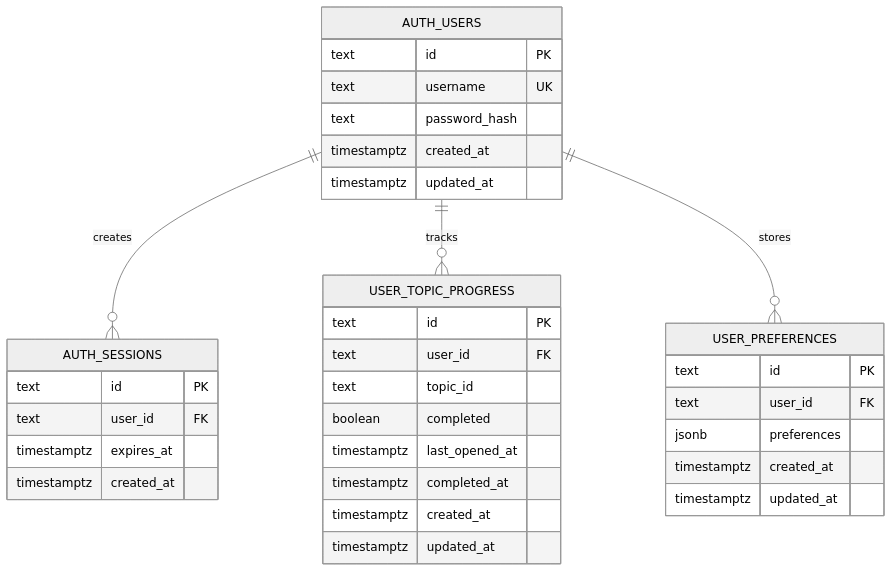
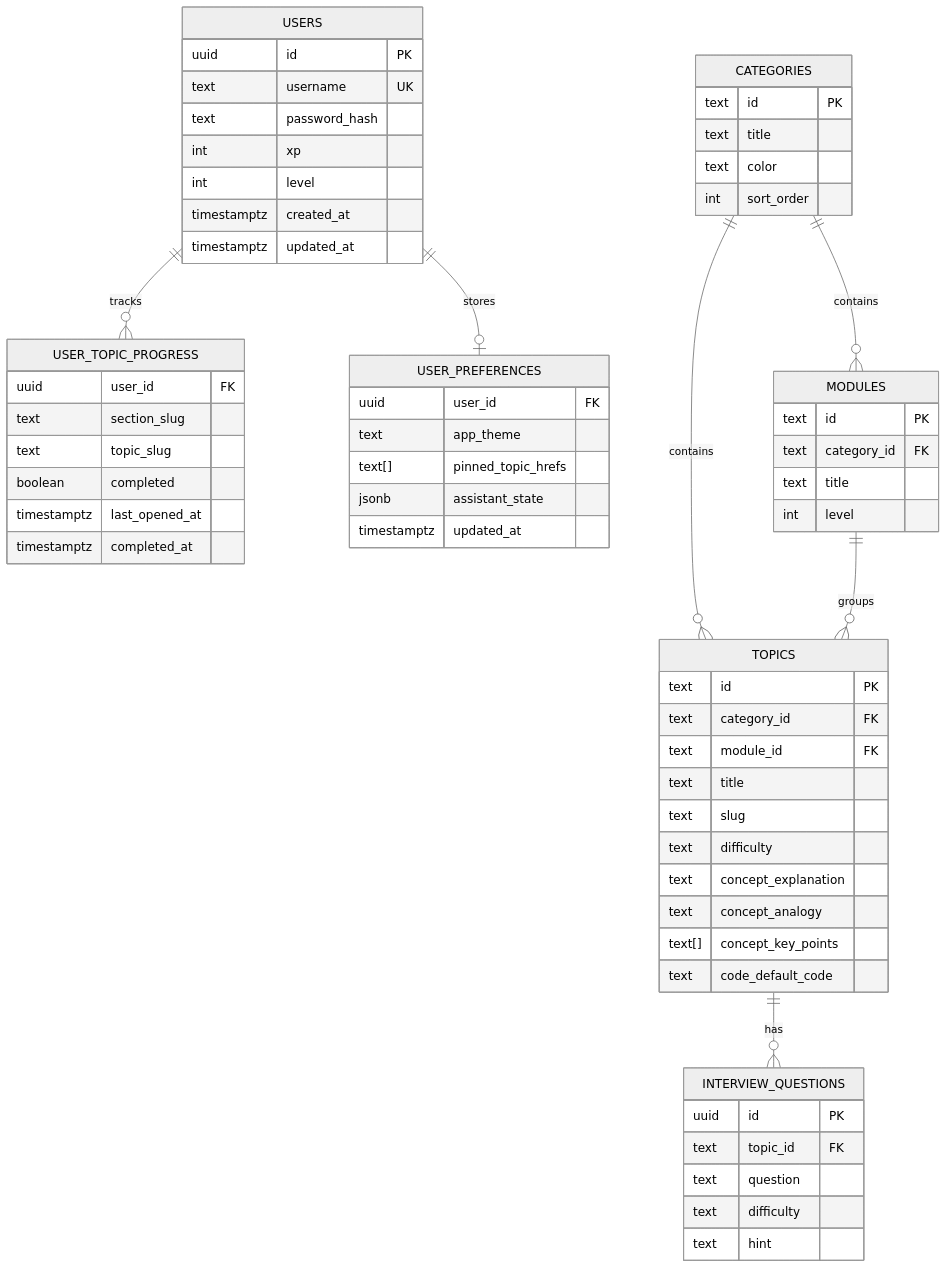
The fourth of 4 diagrams in README.md (sangisapusaiteja/InterviewHandbook), drawn with Mermaid (neutral theme) before and after one commit. The commit also changed other lines of this file and 29 other files, not shown here.

````diff
--- a/README.md
+++ b/README.md
@@ -108,40 +153,71 @@
 ```mermaid
 erDiagram
-    AUTH_USERS {
-        text id PK
+    USERS {
+        uuid id PK
         text username UK
         text password_hash
+        int xp
+        int level
         timestamptz created_at
         timestamptz updated_at
     }
 
-    AUTH_SESSIONS {
-        text id PK
-        text user_id FK
-        timestamptz expires_at
-        timestamptz created_at
-    }
-
     USER_TOPIC_PROGRESS {
-        text id PK
-        text user_id FK
-        text topic_id
+        uuid user_id FK
+        text section_slug
+        text topic_slug
         boolean completed
         timestamptz last_opened_at
         timestamptz completed_at
-        timestamptz created_at
+    }
+
+    USER_PREFERENCES {
+        uuid user_id FK
+        text app_theme
+        text[] pinned_topic_hrefs
+        jsonb assistant_state
         timestamptz updated_at
     }
 
-    USER_PREFERENCES {
+    CATEGORIES {
         text id PK
-        text user_id FK
-        jsonb preferences
-        timestamptz created_at
-        timestamptz updated_at
+        text title
+        text color
+        int sort_order
     }
 
-    AUTH_USERS ||--o{ AUTH_SESSIONS : "creates"
-    AUTH_USERS ||--o{ USER_TOPIC_PROGRESS : "tracks"
-    AUTH_USERS ||--o{ USER_PREFERENCES : "stores"
+    MODULES {
+        text id PK
+        text category_id FK
+        text title
+        int level
+    }
+
+    TOPICS {
+        text id PK
+        text category_id FK
+        text module_id FK
+        text title
+        text slug
+        text difficulty
+        text concept_explanation
+        text concept_analogy
+        text[] concept_key_points
+        text code_default_code
+    }
+
+    INTERVIEW_QUESTIONS {
+        uuid id PK
+        text topic_id FK
+        text question
+        text difficulty
+        text hint
+    }
+
+    USERS ||--o{ USER_TOPIC_PROGRESS : "tracks"
+    USERS ||--o| USER_PREFERENCES : "stores"
+    CATEGORIES ||--o{ MODULES : "contains"
+    CATEGORIES ||--o{ TOPICS : "contains"
+    MODULES ||--o{ TOPICS : "groups"
+    TOPICS ||--o{ INTERVIEW_QUESTIONS : "has"
 ```
````
